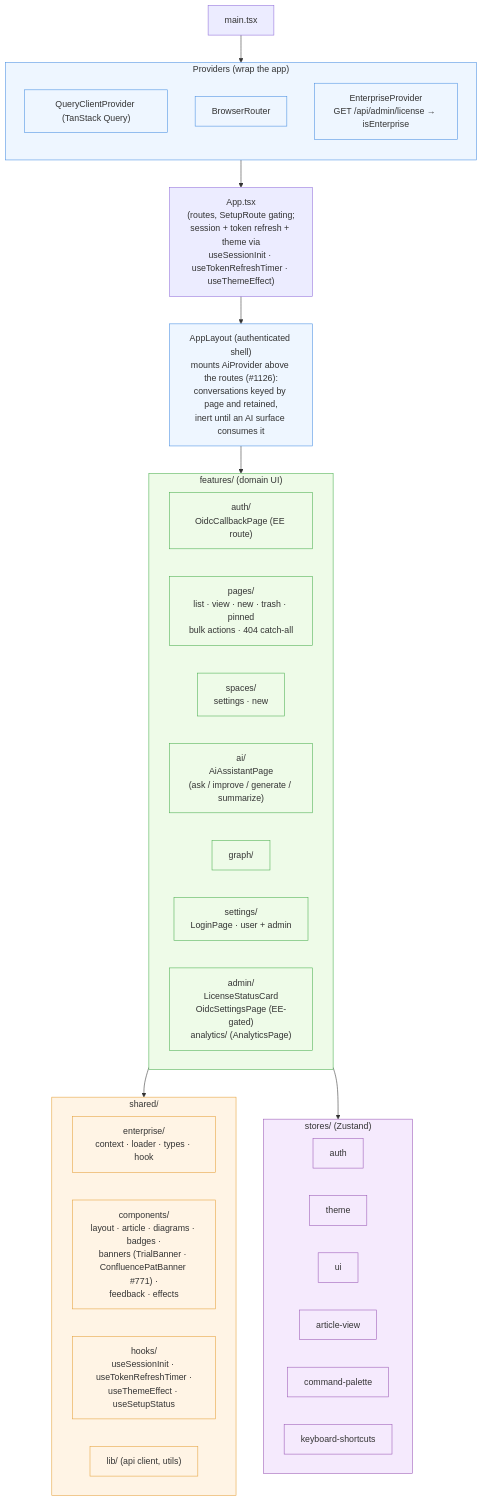
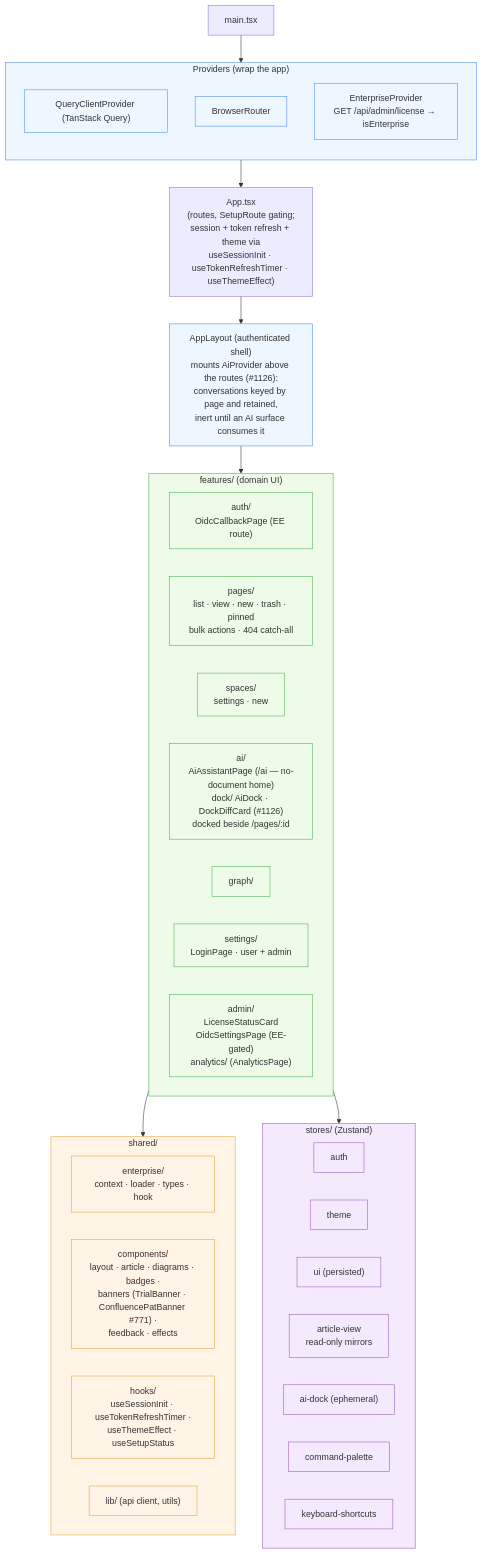
Before and after one commit to Compendiq/compendiq-ce: the first of 3 diagrams in docs/architecture/04-frontend-structure.md, drawn with Mermaid. The commit also changed other lines of this file and 27 other files, not shown here.

First line of the commit message:
feat(ai): dock the assistant beside the article (#1126, PR 2 of 3) (#1160)

````diff
--- a/docs/architecture/04-frontend-structure.md
+++ b/docs/architecture/04-frontend-structure.md
@@ -8,58 +8,59 @@
 ```mermaid
 flowchart TB
     main["main.tsx"]
 
     subgraph providers["Providers (wrap the app)"]
         direction TB
         qp["QueryClientProvider (TanStack Query)"]
         rp["BrowserRouter"]
         ep["EnterpriseProvider<br/>GET /api/admin/license → isEnterprise"]
     end
 
     main --> providers
     providers --> app["App.tsx<br/>(routes, SetupRoute gating;<br/>session + token refresh + theme via<br/>useSessionInit · useTokenRefreshTimer · useThemeEffect)"]
 
     subgraph features["features/ (domain UI)"]
         direction LR
         fAuth["auth/<br/>OidcCallbackPage (EE route)"]
         fPages["pages/<br/>list · view · new · trash · pinned<br/>bulk actions · 404 catch-all"]
         fSpaces["spaces/<br/>settings · new"]
-        fAI["ai/<br/>AiAssistantPage<br/>(ask / improve / generate / summarize)"]
+        fAI["ai/<br/>AiAssistantPage (/ai — no-document home)<br/>dock/ AiDock · DockDiffCard (#1126)<br/>docked beside /pages/:id"]
         fGraph["graph/"]
         fSettings["settings/<br/>LoginPage · user + admin"]
         fAdmin["admin/<br/>LicenseStatusCard<br/>OidcSettingsPage (EE-gated)<br/>analytics/ (AnalyticsPage)"]
     end
 
     app --> shell["AppLayout (authenticated shell)<br/>mounts AiProvider above the routes (#1126):<br/>conversations keyed by page and retained,<br/>inert until an AI surface consumes it"]
     shell --> features
 
     subgraph shared["shared/"]
         direction LR
         sEnt["enterprise/<br/>context · loader · types · hook"]
         sComp["components/<br/>layout · article · diagrams · badges ·<br/>banners (TrialBanner · ConfluencePatBanner #771) ·<br/>feedback · effects"]
         sHooks["hooks/<br/>useSessionInit · useTokenRefreshTimer ·<br/>useThemeEffect · useSetupStatus"]
         sLib["lib/ (api client, utils)"]
     end
 
     features --> shared
 
     subgraph stores["stores/ (Zustand)"]
         zAuth["auth"]
         zTheme["theme"]
-        zUI["ui"]
-        zAV["article-view"]
+        zUI["ui (persisted)"]
+        zAV["article-view<br/>read-only mirrors"]
+        zDock["ai-dock (ephemeral)"]
         zCmd["command-palette"]
         zKb["keyboard-shortcuts"]
     end
 
     features --> stores
 
     classDef prov fill:#eef6ff,stroke:#4a90e2
     classDef feat fill:#eefbe8,stroke:#4caf50
     classDef sh fill:#fff4e5,stroke:#e5a23c
     classDef st fill:#f5eafd,stroke:#9b59b6
     class providers,qp,rp,ep,shell prov
     class features,fAuth,fPages,fSpaces,fAI,fGraph,fSettings,fAdmin feat
     class shared,sEnt,sComp,sHooks,sLib sh
-    class stores,zAuth,zTheme,zUI,zAV,zCmd,zKb st
+    class stores,zAuth,zTheme,zUI,zAV,zDock,zCmd,zKb st
 ```
````
